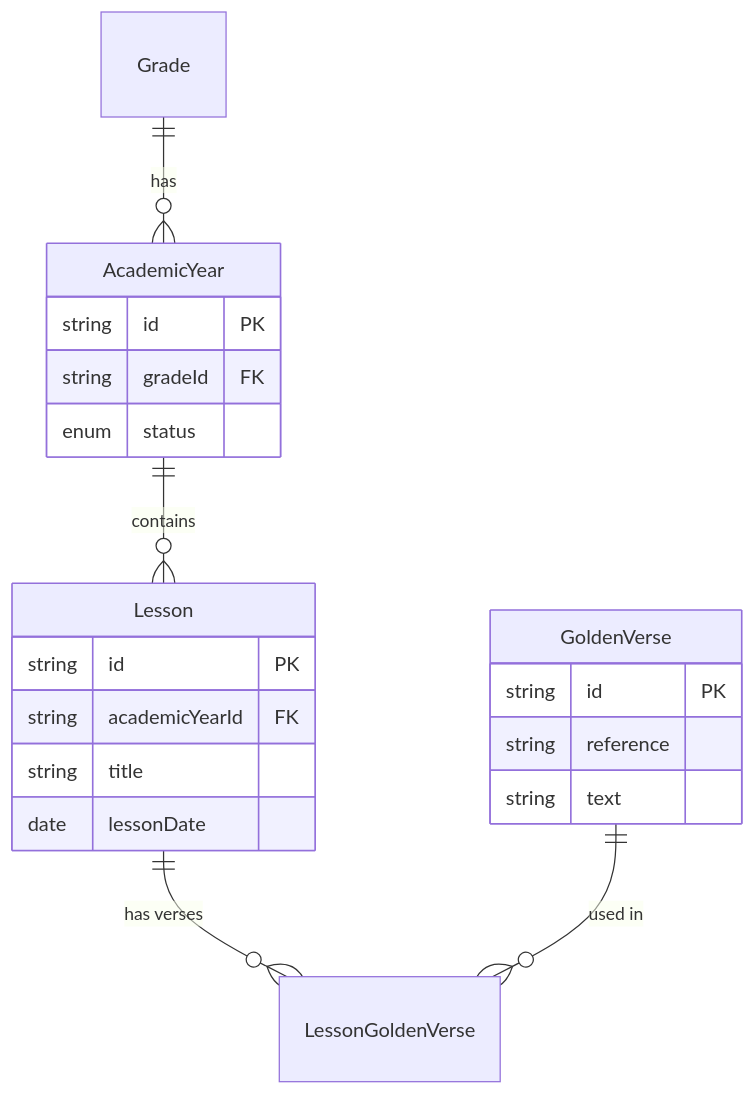
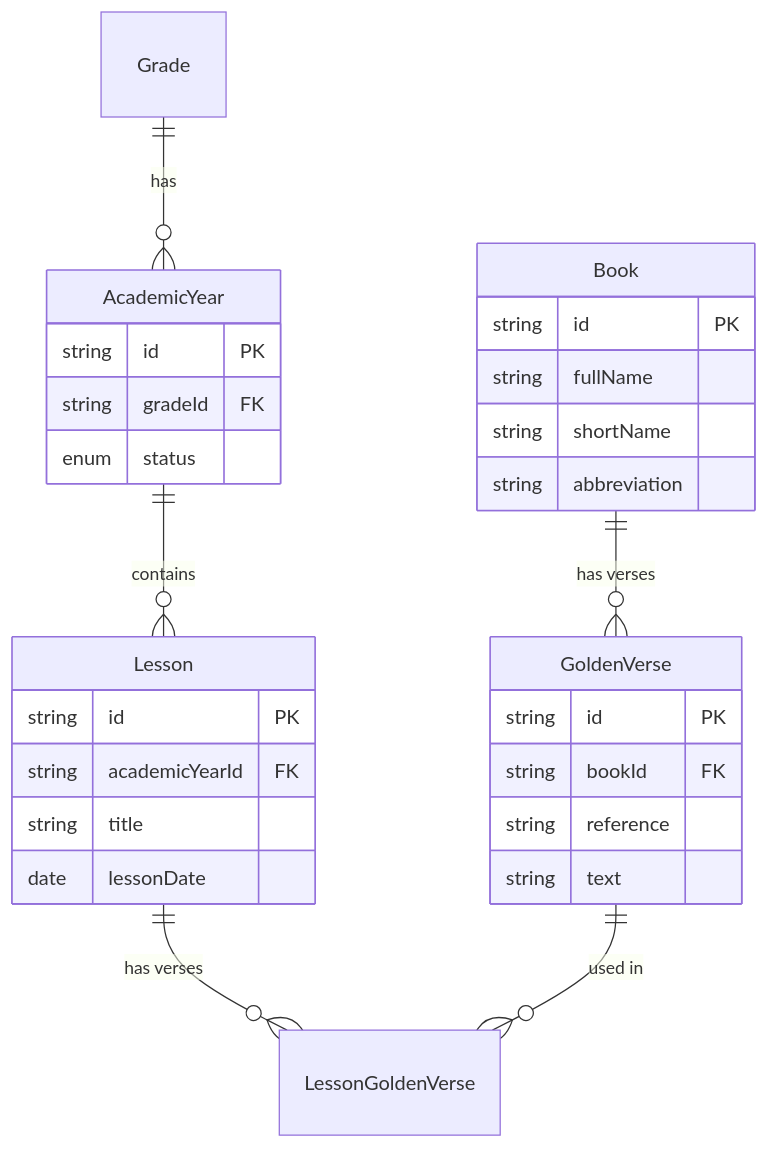
The third of 5 diagrams in docs/database/ERD.md (stallev/sun_school_app), drawn with Mermaid before and after one commit. The commit also changed other lines of this file and 22 other files, not shown here.

````diff
--- a/docs/database/ERD.md
+++ b/docs/database/ERD.md
@@ -819,26 +961,35 @@
 ```mermaid
 erDiagram
     Grade ||--o{ AcademicYear : "has"
     AcademicYear ||--o{ Lesson : "contains"
     Lesson ||--o{ LessonGoldenVerse : "has verses"
+    Book ||--o{ GoldenVerse : "has verses"
     GoldenVerse ||--o{ LessonGoldenVerse : "used in"
     
     AcademicYear {
         string id PK
         string gradeId FK
         enum status
     }
     
     Lesson {
         string id PK
         string academicYearId FK
         string title
         date lessonDate
     }
     
+    Book {
+        string id PK
+        string fullName
+        string shortName
+        string abbreviation
+    }
+    
     GoldenVerse {
         string id PK
+        string bookId FK
         string reference
         string text
     }
 ```
````
